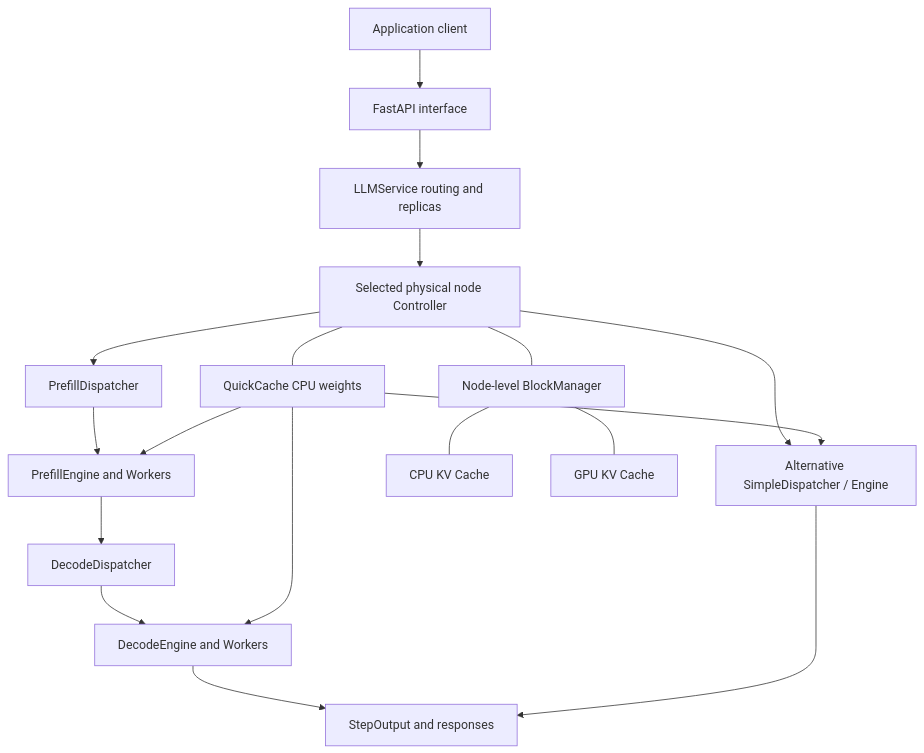
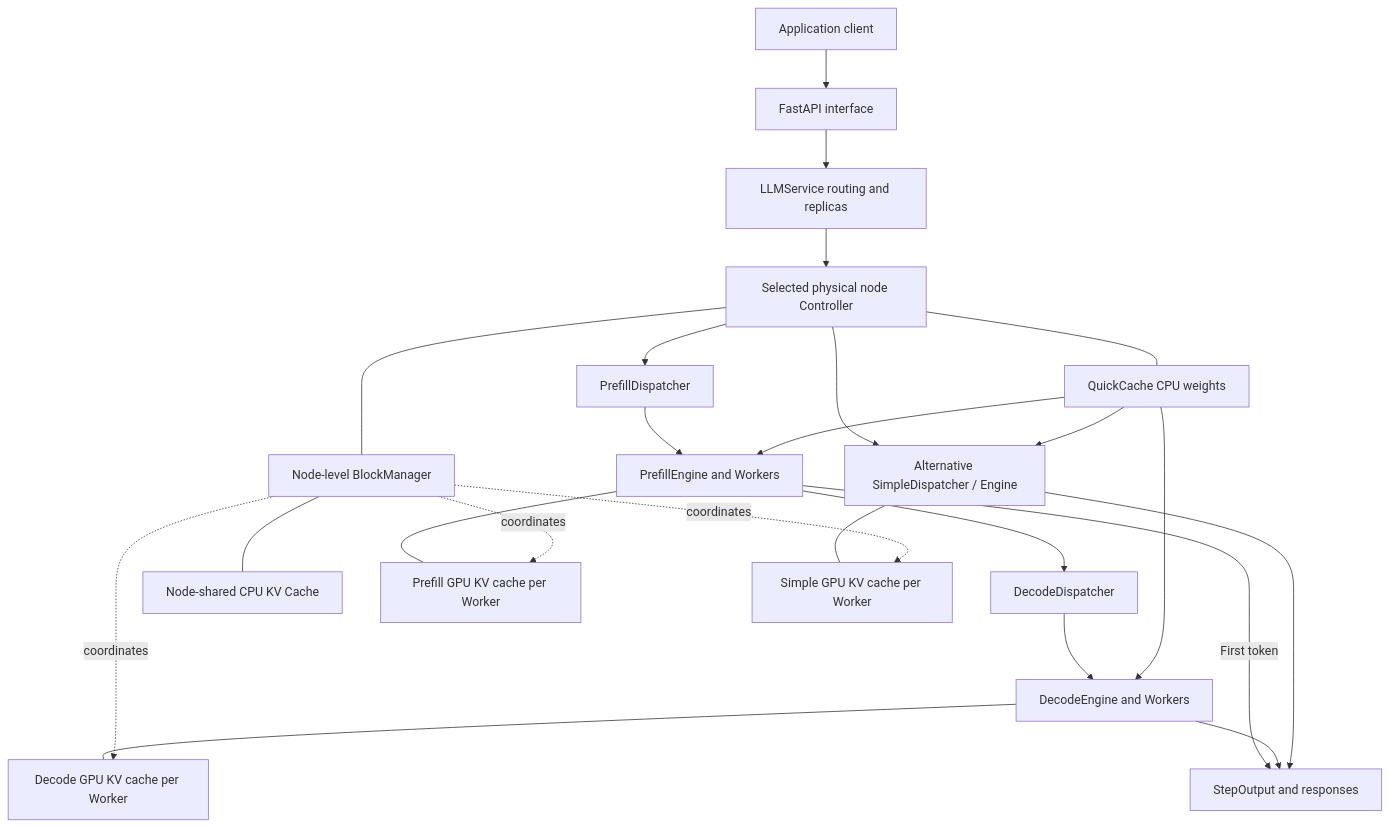
The diagram in docs/en/architecture.md (asceticism-pku/aegaeon-preview), drawn with Mermaid before and after one commit. The commit also changed other lines of this file and 68 other files, not shown here.

````diff
--- a/docs/en/architecture.md
+++ b/docs/en/architecture.md
@@ -5,20 +3,26 @@
 ```mermaid
 flowchart TD
     Client[Application client] --> API[FastAPI interface]
     API --> Service[LLMService routing and replicas]
     Service --> Ctrl[Selected physical node Controller]
     Ctrl --> PD[PrefillDispatcher]
     PD --> PE[PrefillEngine and Workers]
+    PE -->|First token| Out[StepOutput and responses]
     PE --> DD[DecodeDispatcher]
     DD --> DE[DecodeEngine and Workers]
-    DE --> Out[StepOutput and responses]
+    DE --> Out
     Ctrl --> Simple[Alternative SimpleDispatcher / Engine]
     Simple --> Out
     Ctrl --- BM[Node-level BlockManager]
-    BM --- CPU[CPU KV Cache]
-    BM --- GPU[GPU KV Cache]
+    BM --- CPU[Node-shared CPU KV Cache]
+    PE --- PKV[Prefill GPU KV cache per Worker]
+    DE --- DKV[Decode GPU KV cache per Worker]
+    Simple --- SKV[Simple GPU KV cache per Worker]
+    BM -. coordinates .-> PKV
+    BM -. coordinates .-> DKV
+    BM -. coordinates .-> SKV
     Ctrl --- QC[QuickCache CPU weights]
     QC --> PE
     QC --> DE
     QC --> Simple
 ```
````
